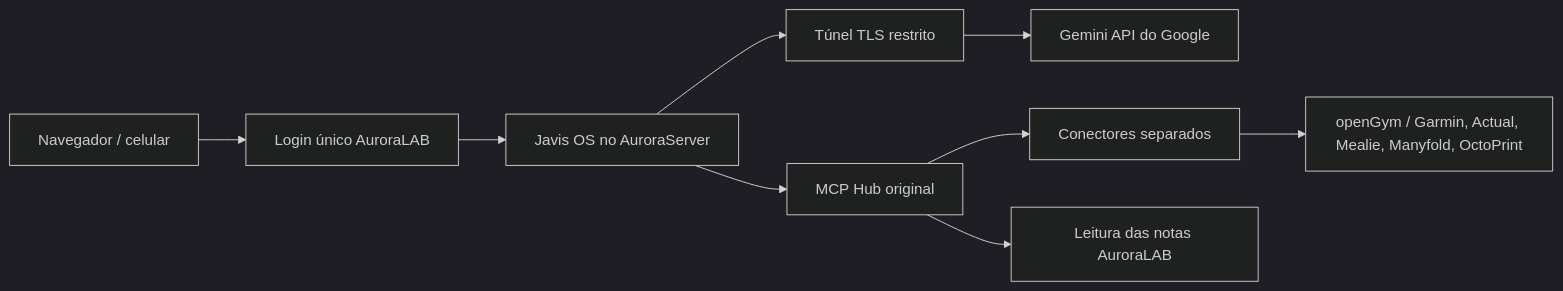
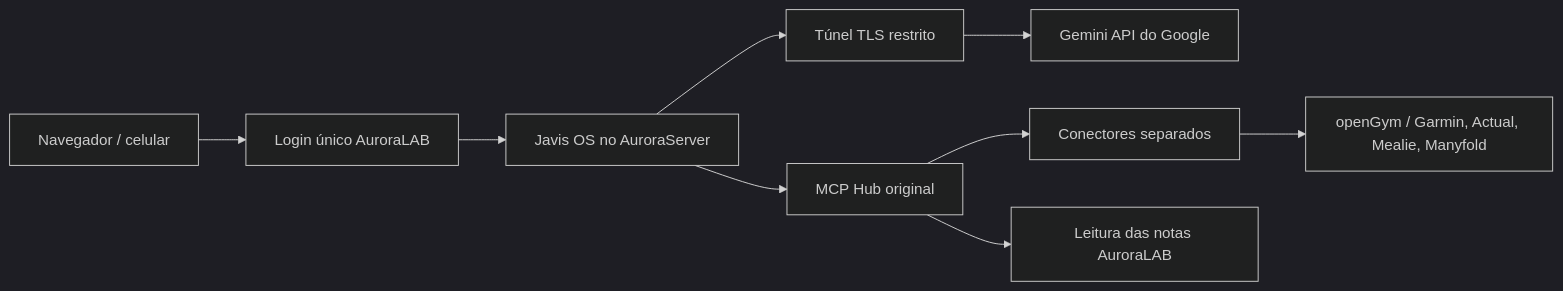
One commit to marlima10/aurora-lab changed the diagram in docs/JAVIS.md. Above: the diagram before and after it, drawn with Mermaid (dark theme). The commit also changed other lines of this file and 75 other files, not shown here.

Commit message:
feat: AuroraLAB 39.0.0 - Remover OctoPrint e câmera e higienizar backups históricos

````diff
--- a/docs/JAVIS.md
+++ b/docs/JAVIS.md
@@ -5,11 +5,11 @@
 ```mermaid
 flowchart LR
  B[Navegador / celular] --> S[Login único AuroraLAB]
  S --> J[Javis OS no AuroraServer]
  J --> E[Túnel TLS restrito]
  E --> G[Gemini API do Google]
  J --> H[MCP Hub original]
  H --> C[Conectores separados]
- C --> A[openGym / Garmin, Actual, Mealie, Manyfold, OctoPrint]
+ C --> A[openGym / Garmin, Actual, Mealie, Manyfold]
  H --> N[Leitura das notas AuroraLAB]
 ```
````
